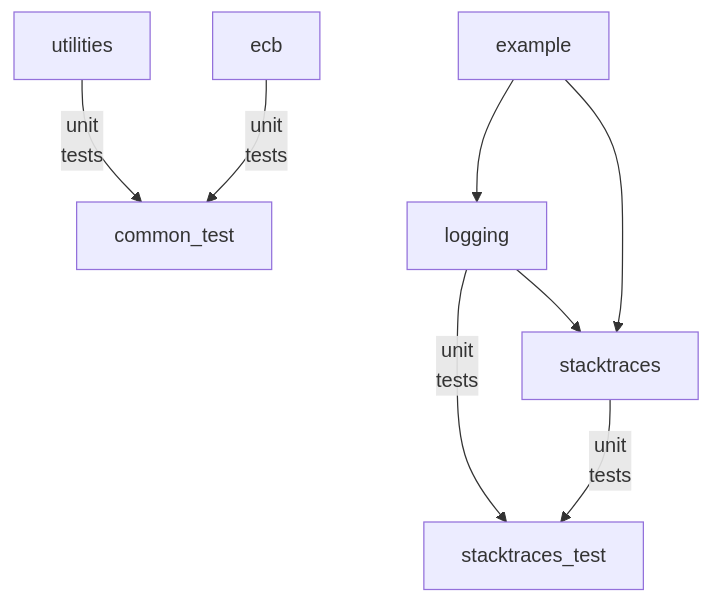
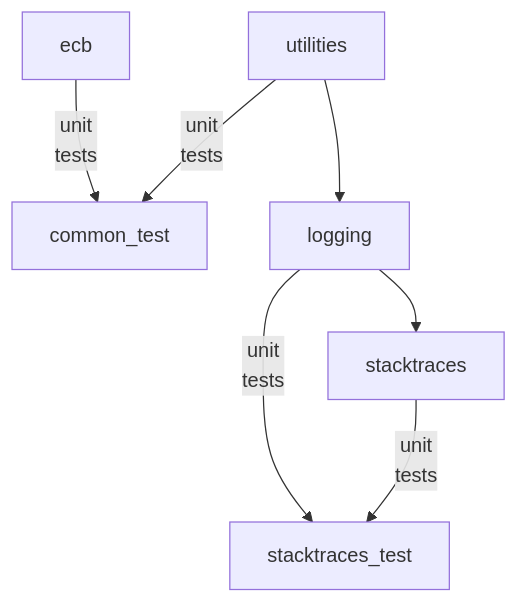
One commit to parasaurolophus/go changed the diagram in README.md. Above: the diagram before and after it, drawn with Mermaid. The commit also changed other lines of this file and 5 other files, not shown here.

````diff
--- a/README.md
+++ b/README.md
@@ -27,14 +27,12 @@
 ```mermaid
 graph TB
 
+  ecb --> |unit\ntests| common_test
+  utilities --> |unit\ntests| common_test
+  utilities --> logging
 
-  utilities --> |unit\ntests| common_test
-  ecb --> |unit\ntests| common_test
-
-  example --> logging
   logging --> stacktraces
   logging -->|unit\ntests| stacktraces_test
 
-  example --> stacktraces
   stacktraces --> |unit\ntests| stacktraces_test
 ```
````
